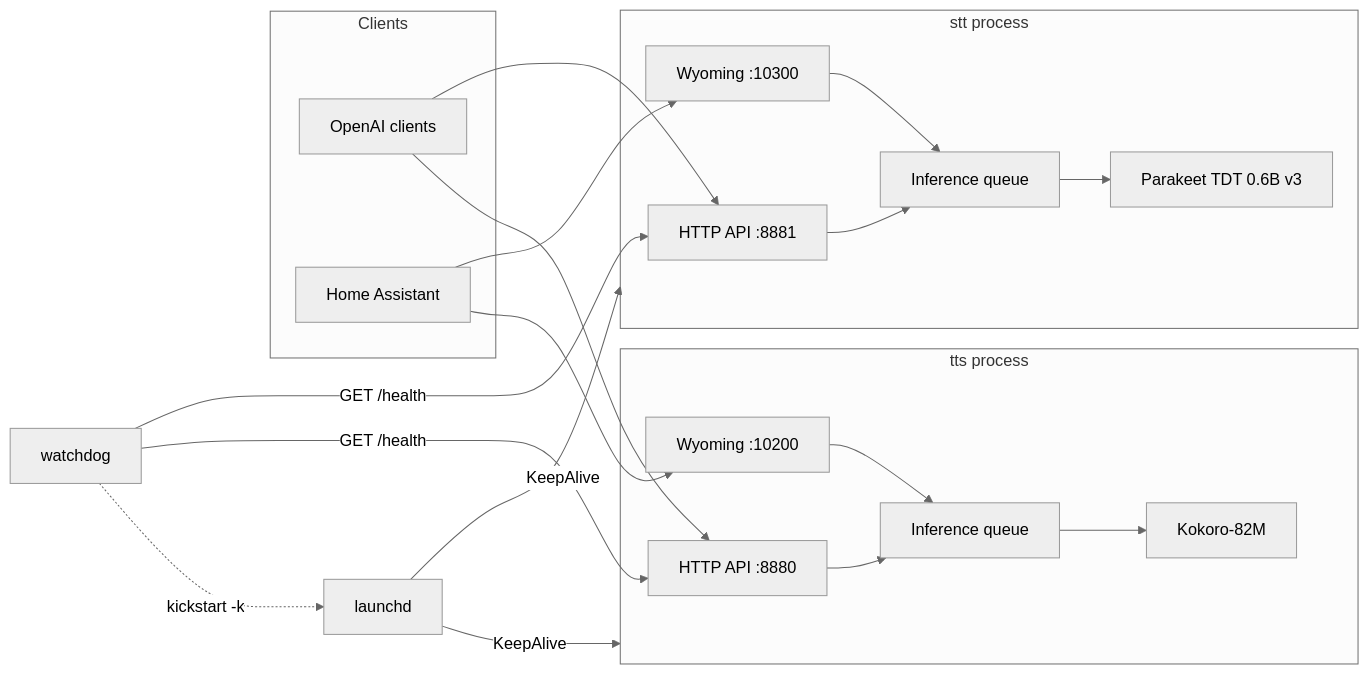
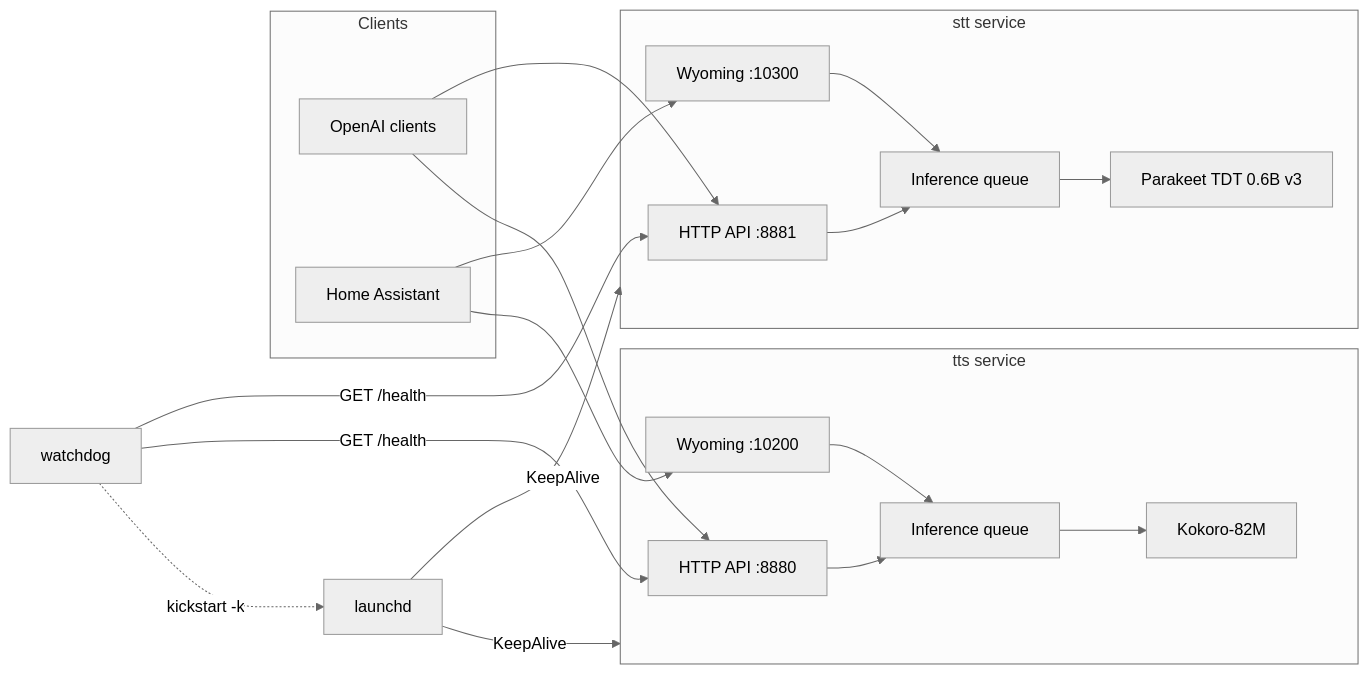
Before and after one commit to JulianBeaulieu/voiced: the diagram in README.md, drawn with Mermaid (neutral theme). The commit also changed other lines of this file and 8 other files, not shown here.

````diff
--- a/README.md
+++ b/README.md
@@ -78,38 +91,38 @@
 ```mermaid
 flowchart LR
     subgraph clients [Clients]
         oai[OpenAI clients]
         ha[Home Assistant]
     end
 
-    subgraph stt [stt process]
+    subgraph stt [stt service]
         stt_http[HTTP API :8881]
         stt_wy[Wyoming :10300]
         stt_q[Inference queue]
         parakeet[Parakeet TDT 0.6B v3]
         stt_http --> stt_q
         stt_wy --> stt_q
         stt_q --> parakeet
     end
 
-    subgraph tts [tts process]
+    subgraph tts [tts service]
         tts_http[HTTP API :8880]
         tts_wy[Wyoming :10200]
         tts_q[Inference queue]
         kokoro[Kokoro-82M]
         tts_http --> tts_q
         tts_wy --> tts_q
         tts_q --> kokoro
     end
 
     oai --> stt_http
     oai --> tts_http
     ha --> stt_wy
     ha --> tts_wy
 
     launchd[launchd] -->|KeepAlive| stt
     launchd -->|KeepAlive| tts
     watchdog[watchdog] -->|GET /health| stt_http
     watchdog -->|GET /health| tts_http
     watchdog -.->|kickstart -k| launchd
 ```
````
